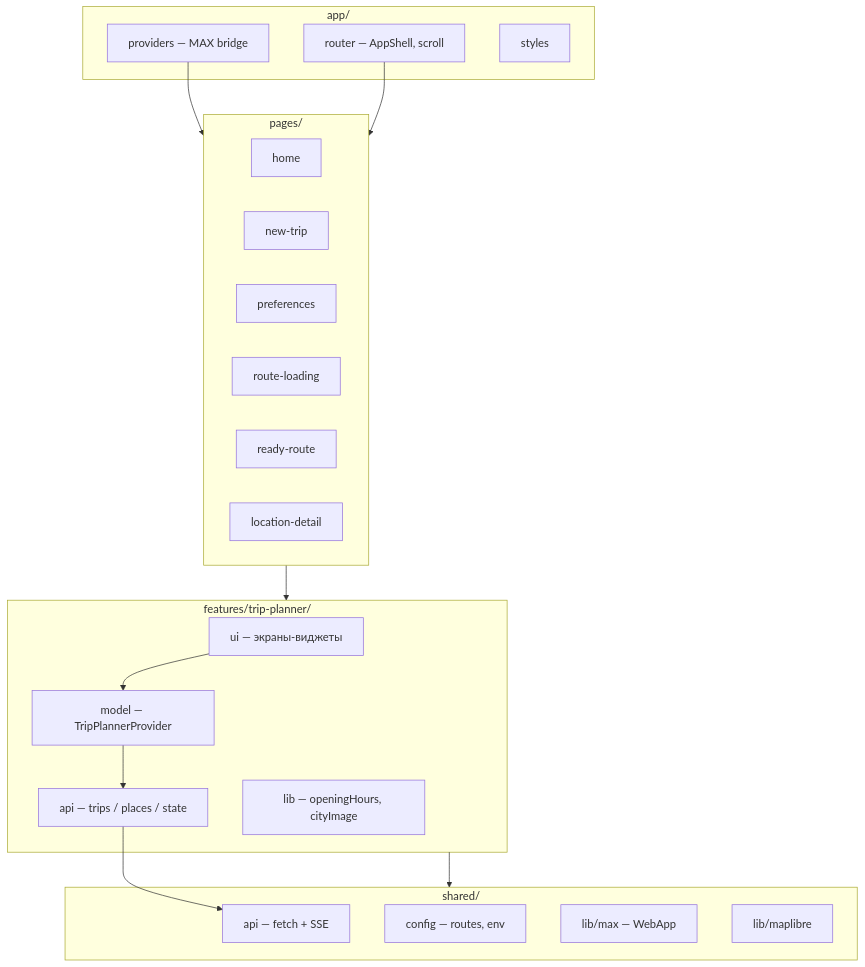
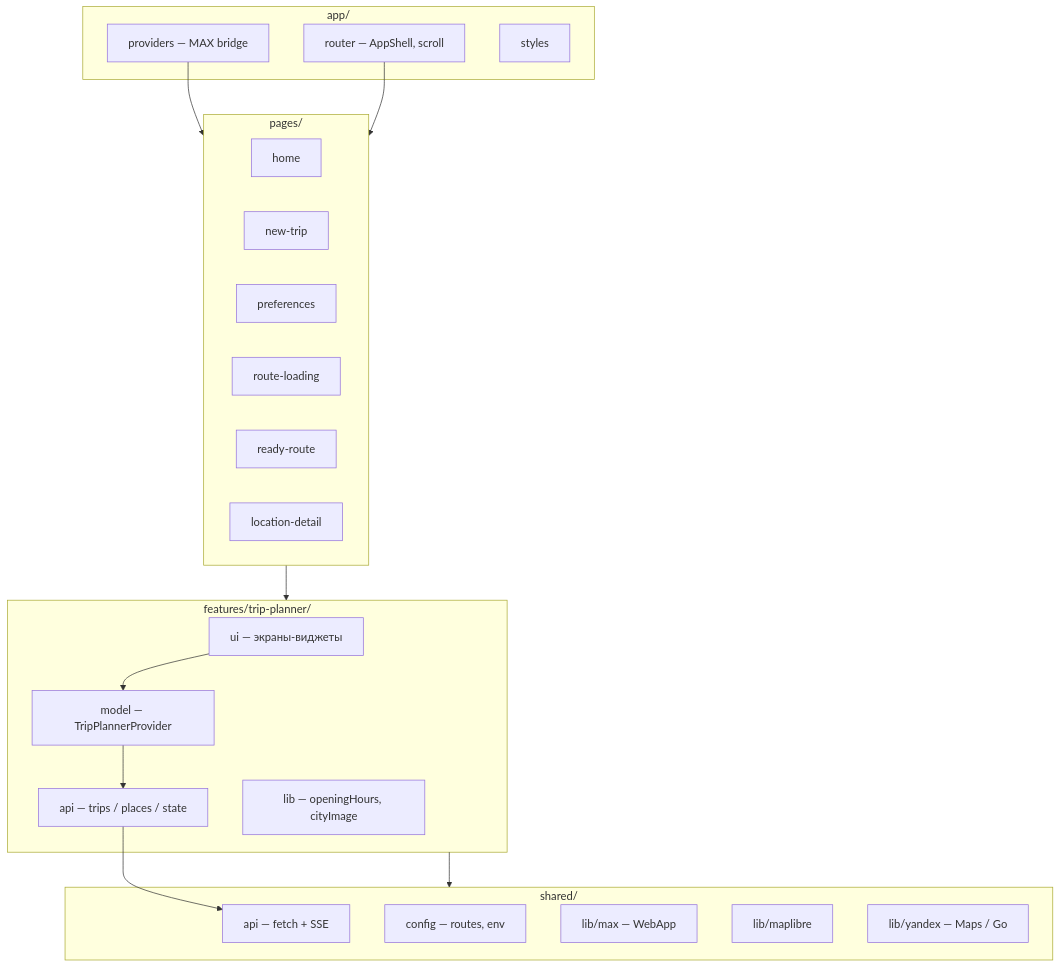
The fifth of 7 diagrams in ARCHITECTURE.md (Halpama/max_hackaton), drawn with Mermaid before and after one commit. The commit also changed other lines of this file and 2 other files, not shown here.

First line of the commit message:
Refresh architecture docs for SearXNG, geo, and trip UX.

````diff
--- a/ARCHITECTURE.md
+++ b/ARCHITECTURE.md
@@ -185,39 +218,40 @@
 ```mermaid
 flowchart TB
   subgraph App["app/"]
     PROVIDERS[providers — MAX bridge]
     ROUTER[router — AppShell, scroll]
     STYLES[styles]
   end
 
   subgraph Pages["pages/"]
     HOME[home]
     NEW[new-trip]
     PREF[preferences]
     LOAD[route-loading]
     ROUTE[ready-route]
     PLACE[location-detail]
   end
 
   subgraph Feature["features/trip-planner/"]
     UI[ui — экраны-виджеты]
     MODEL[model — TripPlannerProvider]
     FAPI[api — trips / places / state]
     LIB[lib — openingHours, cityImage]
   end
 
   subgraph Shared["shared/"]
     HTTP[api — fetch + SSE]
     CFG[config — routes, env]
     MAXLIB[lib/max — WebApp]
     MAP[lib/maplibre]
+    YND[lib/yandex — Maps / Go]
   end
 
   PROVIDERS --> Pages
   ROUTER --> Pages
   Pages --> Feature
   Feature --> Shared
   FAPI --> HTTP
   MODEL --> FAPI
   UI --> MODEL
 ```
````
